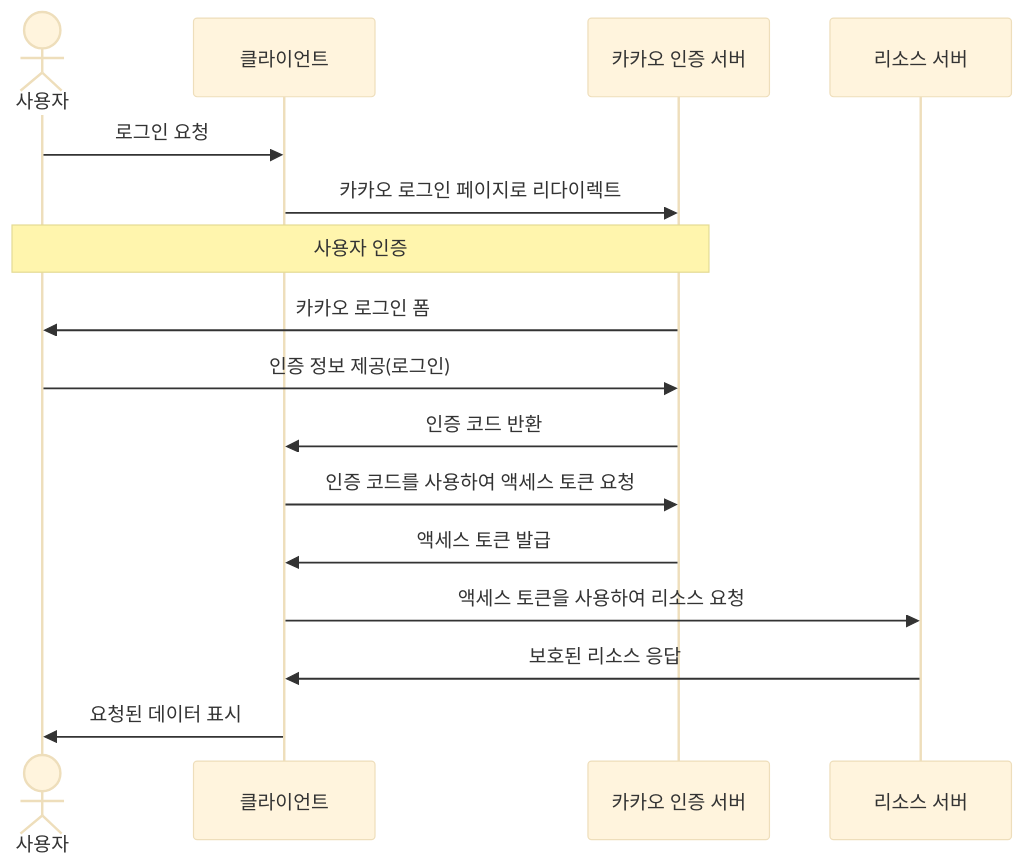
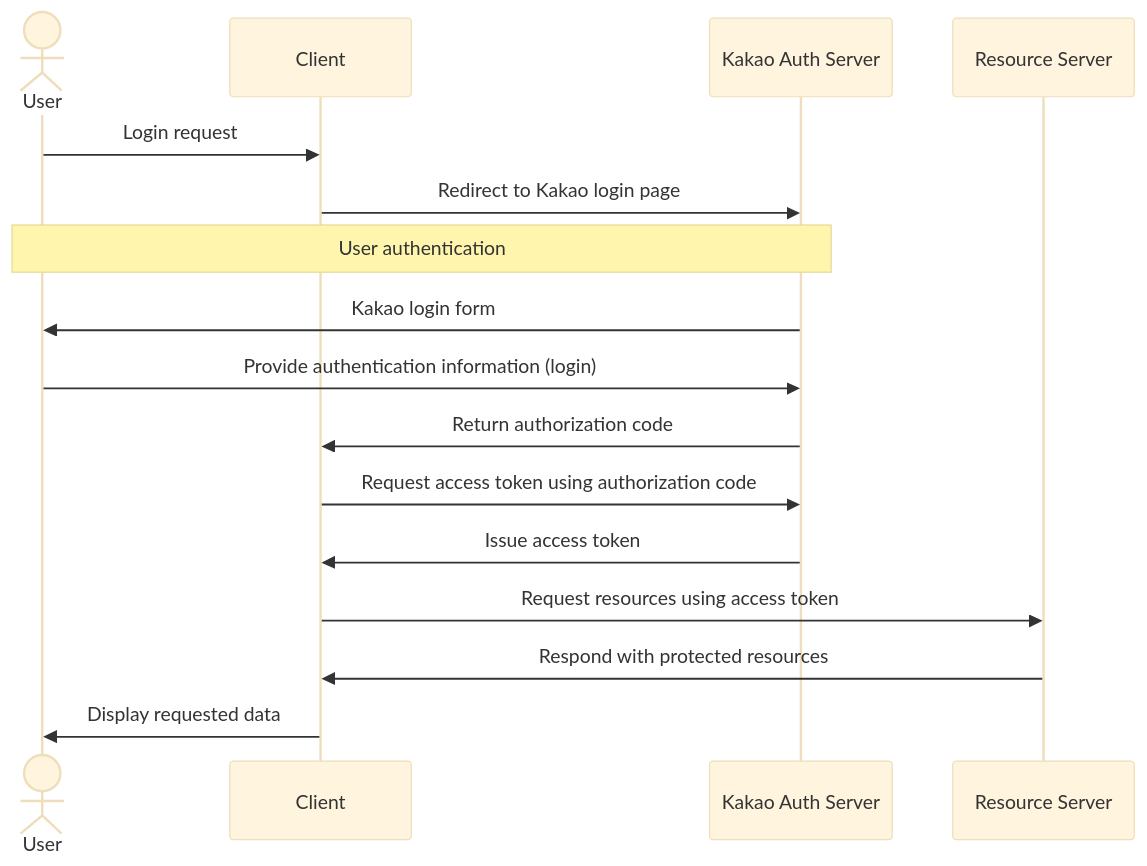
Before and after one commit to flyingRKO/study-project: the first of 9 diagrams in README.md, drawn with Mermaid (base theme). The commit also changed other lines of this file, not shown here.

````diff
--- a/README.md
+++ b/README.md
@@ -55,19 +45,19 @@
 ```mermaid
 sequenceDiagram
-    actor 사용자
-    participant 클라이언트 as 클라이언트
-    participant 카카오인증서버 as 카카오 인증 서버
-    participant 리소스서버 as 리소스 서버
+    actor User
+    participant Client as Client
+    participant KakaoAuthServer as Kakao Auth Server
+    participant ResourceServer as Resource Server
 
-    사용자->>클라이언트: 로그인 요청
-    클라이언트->>카카오인증서버: 카카오 로그인 페이지로 리다이렉트
-    note over 사용자,카카오인증서버: 사용자 인증
-    카카오인증서버->>사용자: 카카오 로그인 폼
-    사용자->>카카오인증서버: 인증 정보 제공(로그인)
-    카카오인증서버->>클라이언트: 인증 코드 반환
-    클라이언트->>카카오인증서버: 인증 코드를 사용하여 액세스 토큰 요청
-    카카오인증서버->>클라이언트: 액세스 토큰 발급
-    클라이언트->>리소스서버: 액세스 토큰을 사용하여 리소스 요청
-    리소스서버->>클라이언트: 보호된 리소스 응답
-    클라이언트->>사용자: 요청된 데이터 표시
+    User->>Client: Login request
+    Client->>KakaoAuthServer: Redirect to Kakao login page
+    note over User,KakaoAuthServer: User authentication
+    KakaoAuthServer->>User: Kakao login form
+    User->>KakaoAuthServer: Provide authentication information (login)
+    KakaoAuthServer->>Client: Return authorization code
+    Client->>KakaoAuthServer: Request access token using authorization code
+    KakaoAuthServer->>Client: Issue access token
+    Client->>ResourceServer: Request resources using access token
+    ResourceServer->>Client: Respond with protected resources
+    Client->>User: Display requested data
 ```
````
